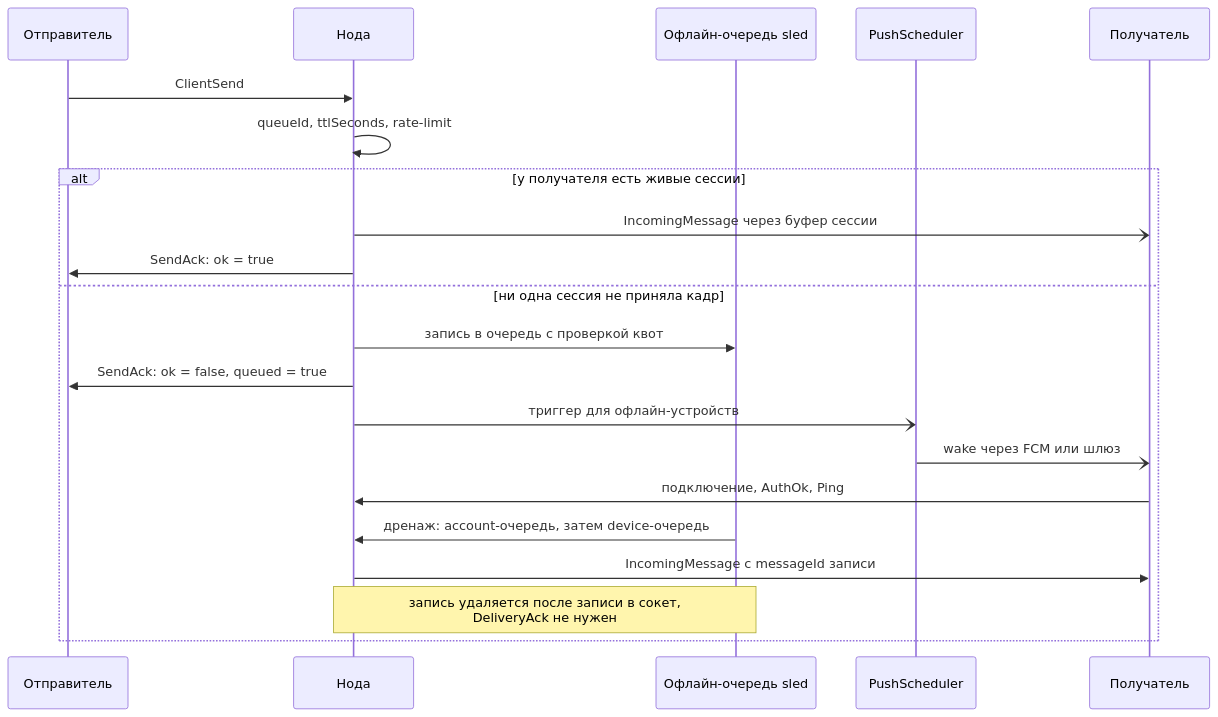
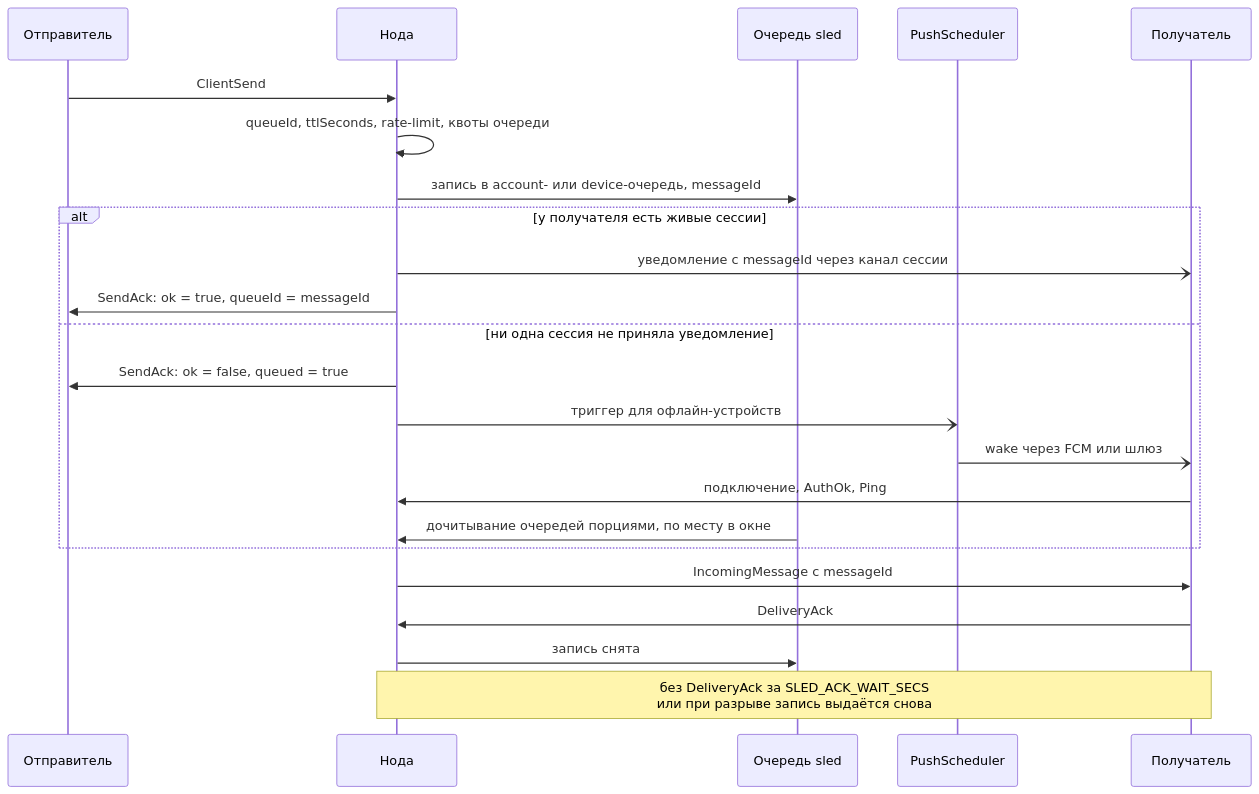
The fifth of 10 diagrams in docs/architecture.md (Darkildo/trustme_backend), drawn with Mermaid before and after one commit. The commit also changed other lines of this file and 5 other files, not shown here.

````diff
--- a/docs/architecture.md
+++ b/docs/architecture.md
@@ -193,24 +193,26 @@
 ```mermaid
 sequenceDiagram
     participant A as Отправитель
     participant N as Нода
-    participant Q as Офлайн-очередь sled
+    participant Q as Очередь sled
     participant P as PushScheduler
     participant B as Получатель
 
     A->>N: ClientSend
-    N->>N: queueId, ttlSeconds, rate-limit
+    N->>N: queueId, ttlSeconds, rate-limit, квоты очереди
+    N->>Q: запись в account- или device-очередь, messageId
     alt у получателя есть живые сессии
-        N-)B: IncomingMessage через буфер сессии
-        N->>A: SendAck: ok = true
-    else ни одна сессия не приняла кадр
-        N->>Q: запись в очередь с проверкой квот
+        N-)B: уведомление с messageId через канал сессии
+        N->>A: SendAck: ok = true, queueId = messageId
+    else ни одна сессия не приняла уведомление
         N->>A: SendAck: ok = false, queued = true
         N-)P: триггер для офлайн-устройств
         P-)B: wake через FCM или шлюз
         B->>N: подключение, AuthOk, Ping
-        Q->>N: дренаж: account-очередь, затем device-очередь
-        N->>B: IncomingMessage с messageId записи
-        Note over N,Q: запись удаляется после записи в сокет,<br/>DeliveryAck не нужен
+        Q->>N: дочитывание очередей порциями, по месту в окне
     end
+    N->>B: IncomingMessage с messageId
+    B->>N: DeliveryAck
+    N->>Q: запись снята
+    Note over N,B: без DeliveryAck за SLED_ACK_WAIT_SECS<br/>или при разрыве запись выдаётся снова
 ```
````
